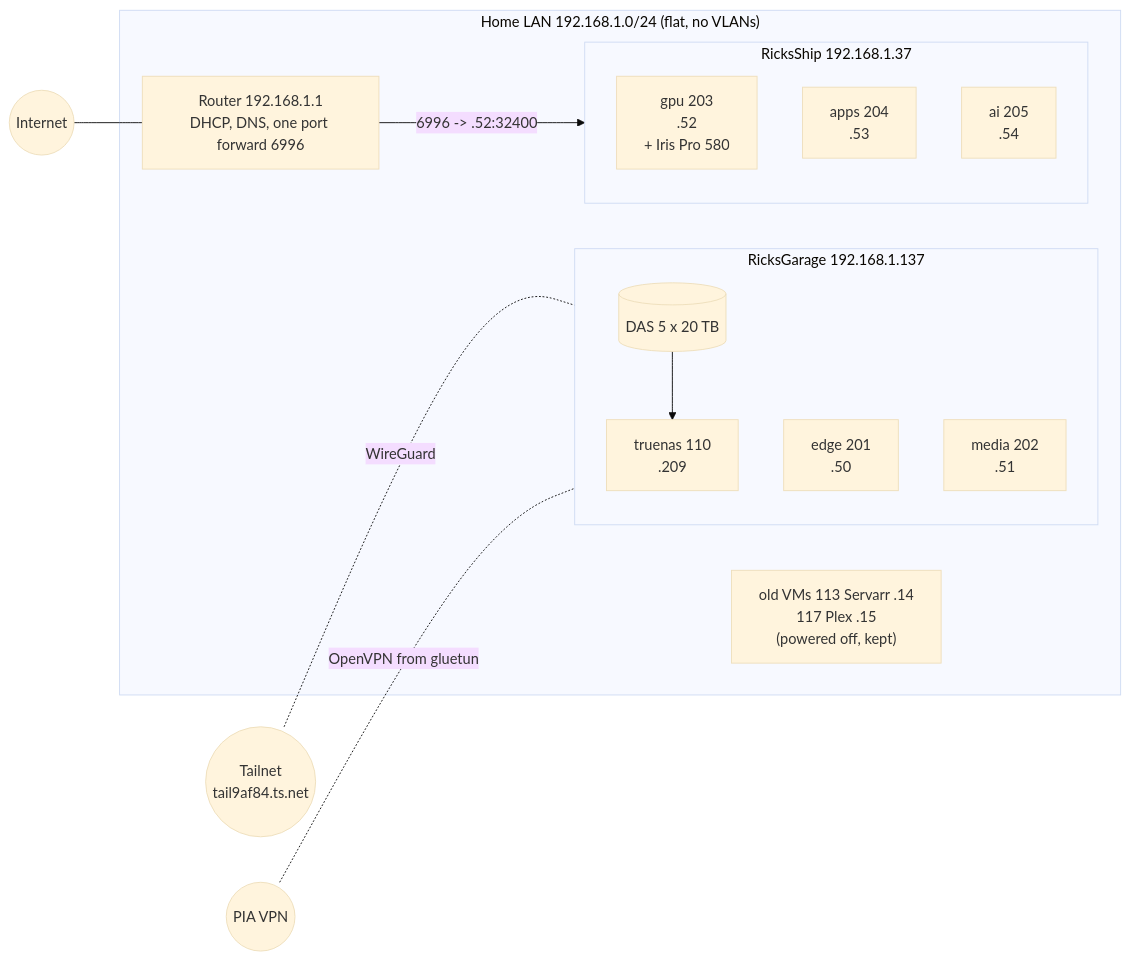
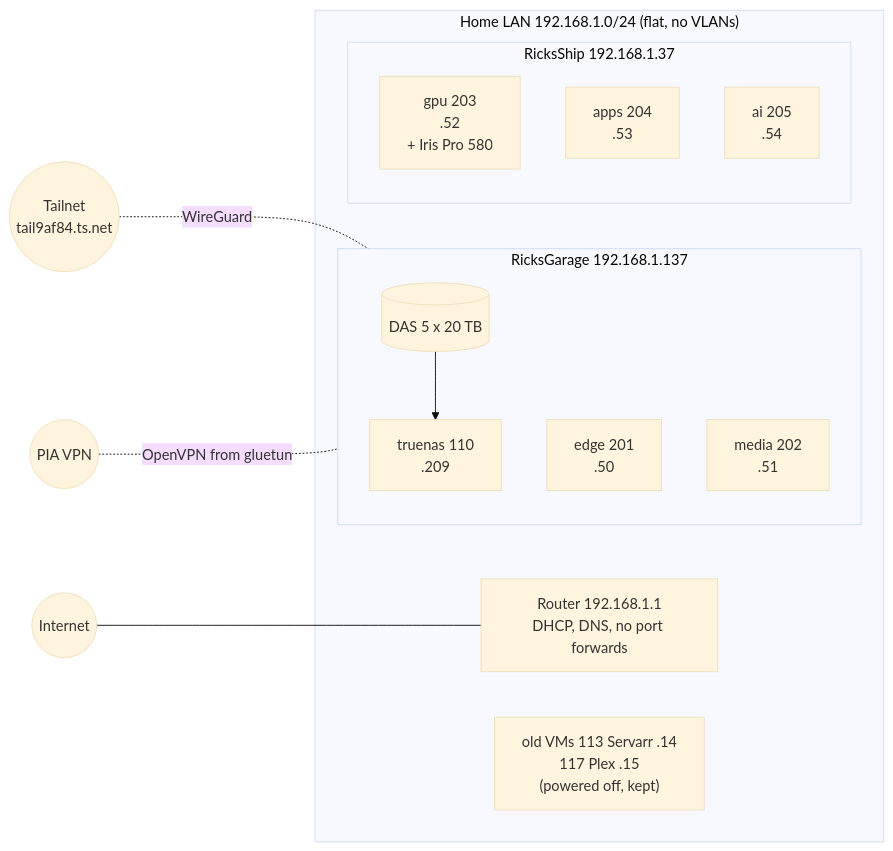
Before and after one commit to mikegutberlet/homelab-infra: the first of 8 diagrams in docs/wiki/03-architecture.md, drawn with Mermaid (base theme). The commit also changed other lines of this file and 10 other files, not shown here.

First line of the commit message:
Docs: drop the Plex 6996 router forward (never worked behind Starlink CGNAT)

````diff
--- a/docs/wiki/03-architecture.md
+++ b/docs/wiki/03-architecture.md
@@ -19,23 +19,22 @@
 ```mermaid
 flowchart LR
     subgraph LAN["Home LAN 192.168.1.0/24 (flat, no VLANs)"]
-        RTR["Router 192.168.1.1<br/>DHCP, DNS, one port forward 6996"]
+        RTR["Router 192.168.1.1<br/>DHCP, DNS, no port forwards"]
         subgraph RG["RicksGarage 192.168.1.137"]
             direction TB
             DAS[("DAS 5 x 20 TB")] --> TN["truenas 110<br/>.209"]
             E["edge 201<br/>.50"]
             M["media 202<br/>.51"]
         end
         subgraph RS["RicksShip 192.168.1.37"]
             direction TB
             G["gpu 203<br/>.52<br/>+ Iris Pro 580"]
             A["apps 204<br/>.53"]
             I["ai 205<br/>.54"]
         end
         OLD["old VMs 113 Servarr .14<br/>117 Plex .15<br/>(powered off, kept)"]
     end
     INET((Internet)) --- RTR
     TSN((Tailnet<br/>tail9af84.ts.net)) -. "WireGuard" .- E
     PIA((PIA VPN)) -. "OpenVPN from gluetun" .- M
-    RTR -- "6996 -> .52:32400" --> G
 ```
````
